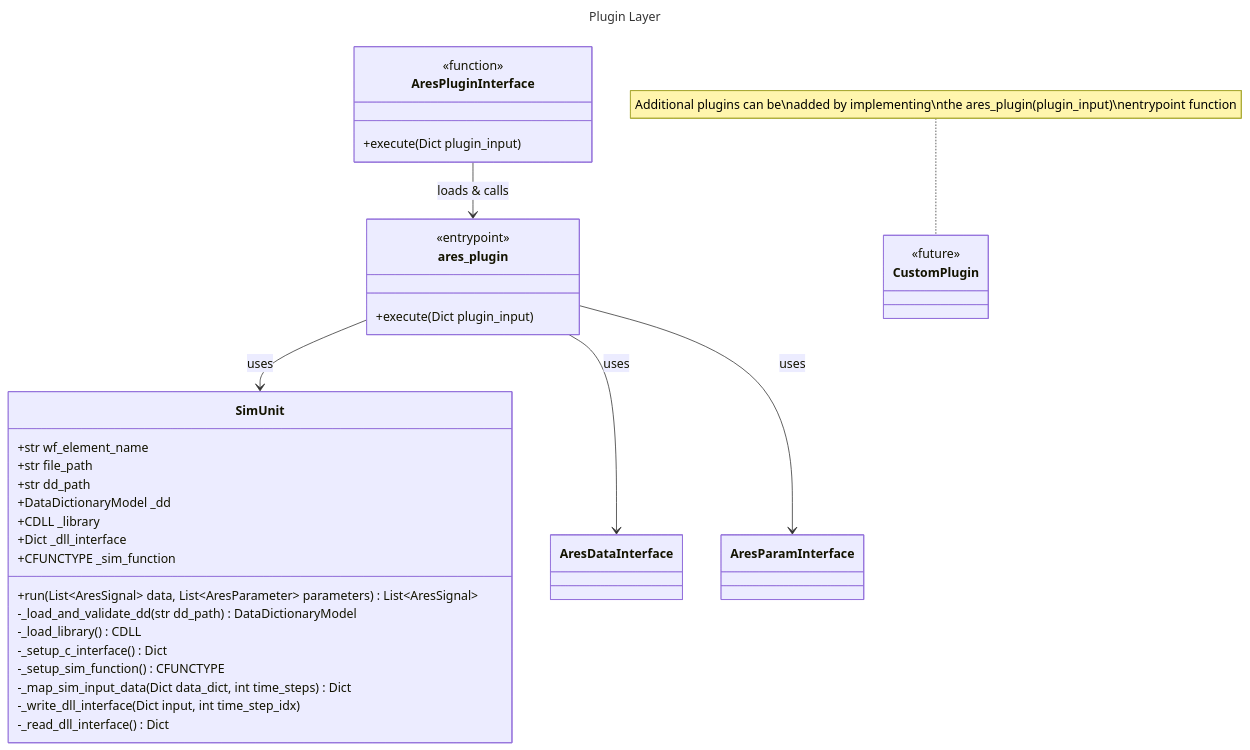
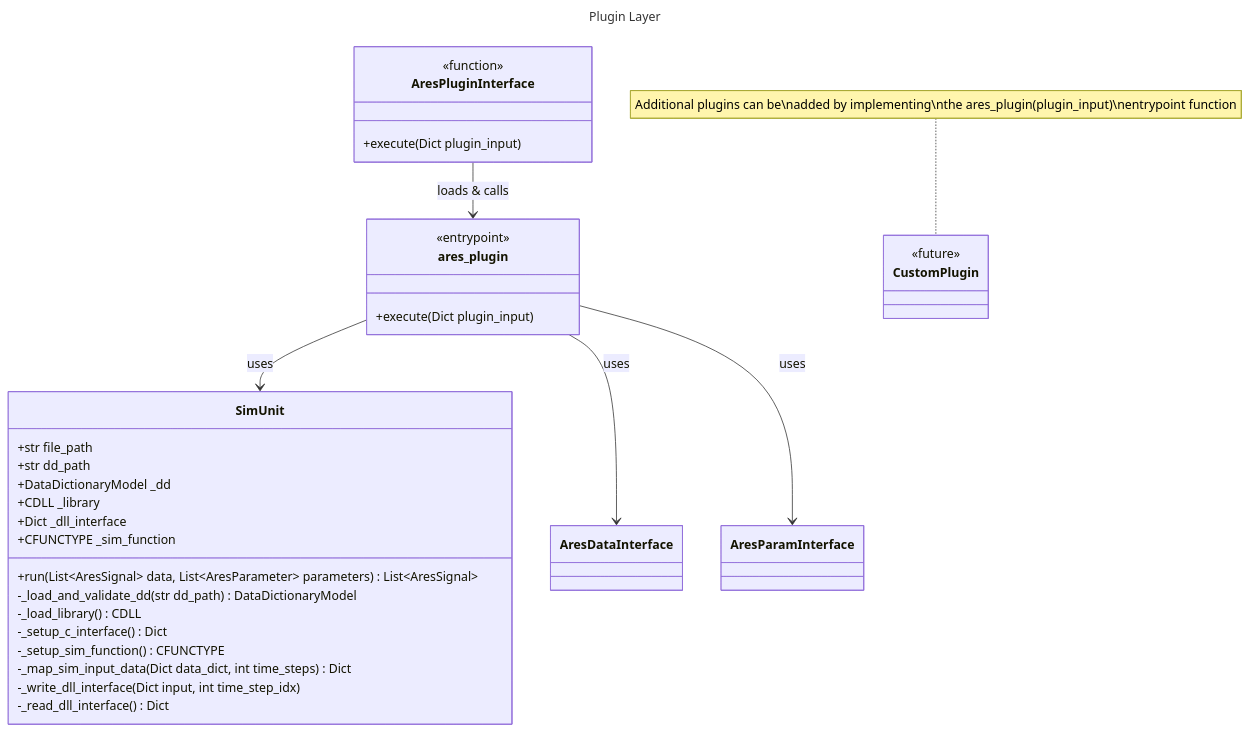
One commit to olympus-tools/ARES changed the third of 5 diagrams in architecture.md. Above: the diagram before and after it, drawn with Mermaid. The commit also changed other lines of this file and 9 other files, not shown here.

````diff
--- a/architecture.md
+++ b/architecture.md
@@ -112,44 +112,43 @@
 ```mermaid
 ---
 title: Plugin Layer
 ---
 classDiagram
     class AresPluginInterface{
         <<function>>
         +execute(Dict plugin_input)
     }
 
     class SimUnit{
-        +str wf_element_name
         +str file_path
         +str dd_path
         +DataDictionaryModel _dd
         +CDLL _library
         +Dict _dll_interface
         +CFUNCTYPE _sim_function
         +run(List~AresSignal~ data, List~AresParameter~ parameters) List~AresSignal~
         -_load_and_validate_dd(str dd_path) DataDictionaryModel
         -_load_library() CDLL
         -_setup_c_interface() Dict
         -_setup_sim_function() CFUNCTYPE
         -_map_sim_input_data(Dict data_dict, int time_steps) Dict
         -_write_dll_interface(Dict input, int time_step_idx)
         -_read_dll_interface() Dict
     }
 
     class ares_plugin{
         <<entrypoint>>
         +execute(Dict plugin_input)
     }
 
     class CustomPlugin{
         <<future>>
     }
 
     note for CustomPlugin "Additional plugins can be\nadded by implementing\nthe ares_plugin(plugin_input)\nentrypoint function"
 
     AresPluginInterface --> ares_plugin : loads & calls
     ares_plugin --> SimUnit : uses
     ares_plugin --> AresDataInterface : uses
     ares_plugin --> AresParamInterface : uses
 ```
````
